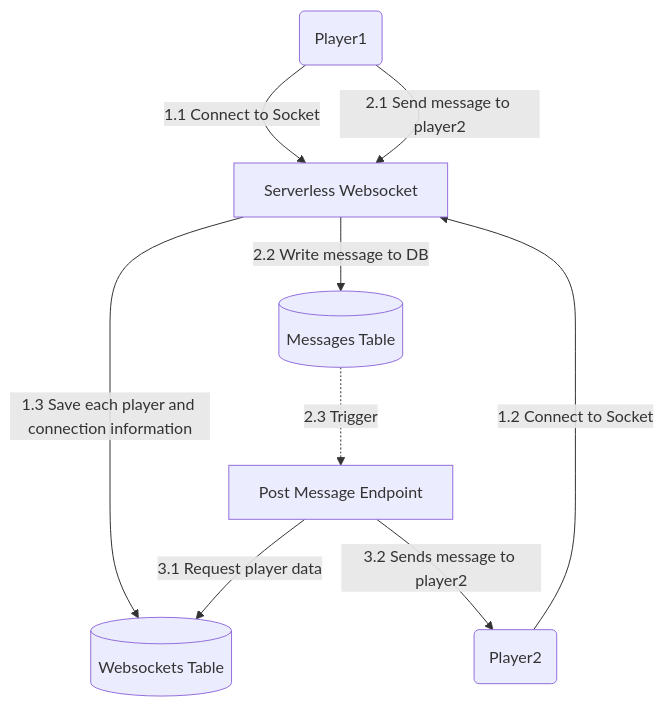
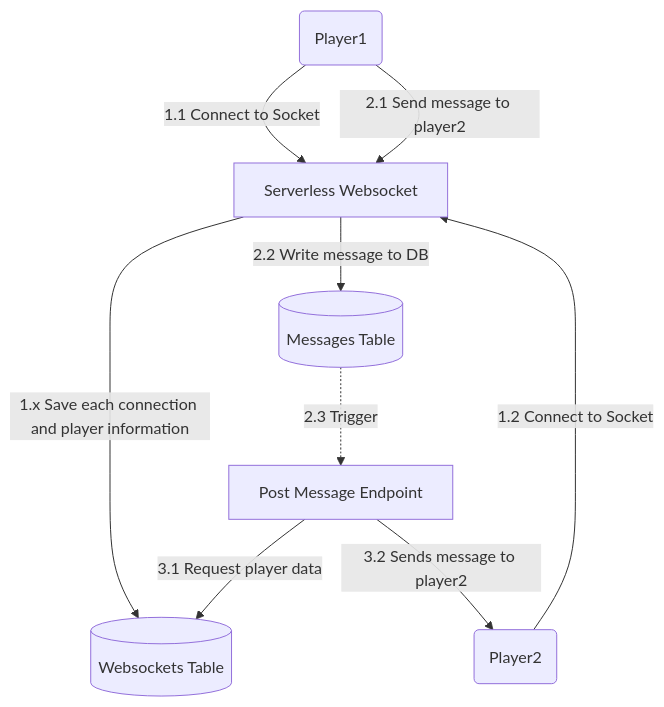
Before and after one commit to felipedamin/serverless-websockets: the diagram in diagrams/FLOWCHART.md, drawn with Mermaid. The commit also changed 1 other file, not shown here.

Commit message:
useful links

````diff
--- a/diagrams/FLOWCHART.md
+++ b/diagrams/FLOWCHART.md
@@ -1,11 +1,11 @@
 ``` mermaid
 flowchart TD
   A(Player1) --> |1.1 Connect to Socket| B[Serverless Websocket]
   F(Player2) --> |1.2 Connect to Socket| B
-  B --> |1.3 Save each player and connection information| C[(Websockets Table)]
+  B --> |1.x Save each connection and player information| C[(Websockets Table)]
   A --> |2.1 Send message to player2| B
   B --> |2.2 Write message to DB| D[(Messages Table)]
   D -.-> |2.3 Trigger| E[Post Message Endpoint]
   E --> |3.1 Request player data| C
   E --> |3.2 Sends message to player2| F
 ```
````
